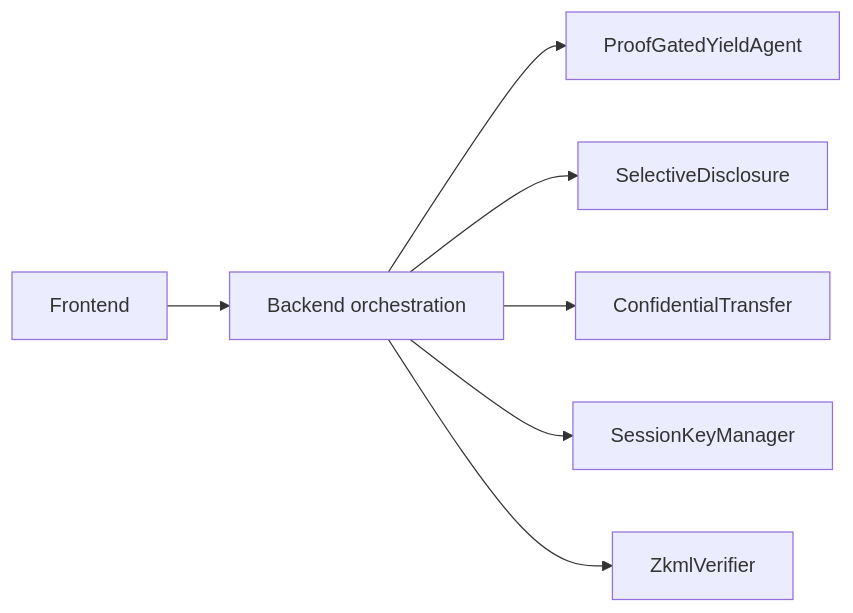
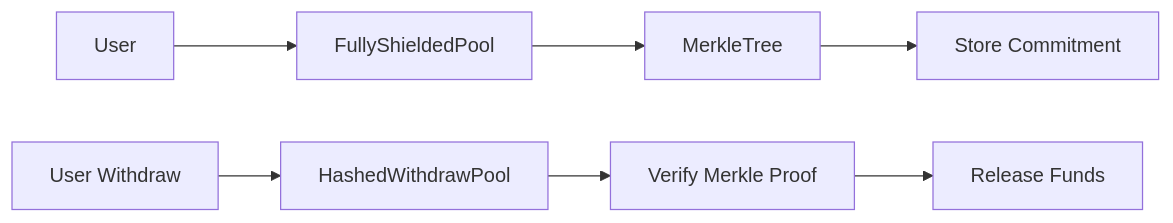
Before and after one commit to Obsqra-Labs/zkdefi: the second of 3 diagrams in docs-site/docs/contracts.md, drawn with Mermaid. The commit also changed other lines of this file and 438 other files, not shown here.

````diff
--- a/docs-site/docs/contracts.md
+++ b/docs-site/docs/contracts.md
@@ -29,9 +50,10 @@
 ```mermaid
 flowchart LR
-  UI[Frontend] --> API[Backend orchestration]
-  API --> AG[ProofGatedYieldAgent]
-  API --> SD[SelectiveDisclosure]
-  API --> CT[ConfidentialTransfer]
-  API --> SK[SessionKeyManager]
-  API --> ZV[ZkmlVerifier]
+  User --> FSP[FullyShieldedPool]
+  FSP --> MT[MerkleTree]
+  MT --> Commit[Store Commitment]
+  
+  User2[User Withdraw] --> HWP[HashedWithdrawPool]
+  HWP --> MT2[Verify Merkle Proof]
+  MT2 --> Release[Release Funds]
 ```
````
